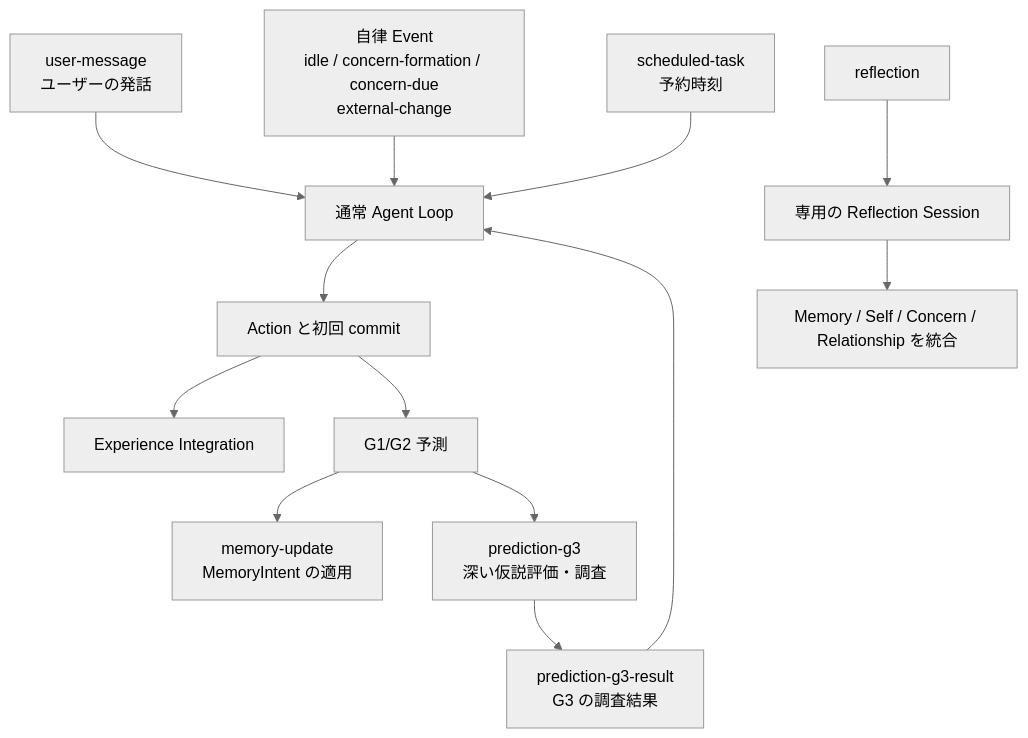
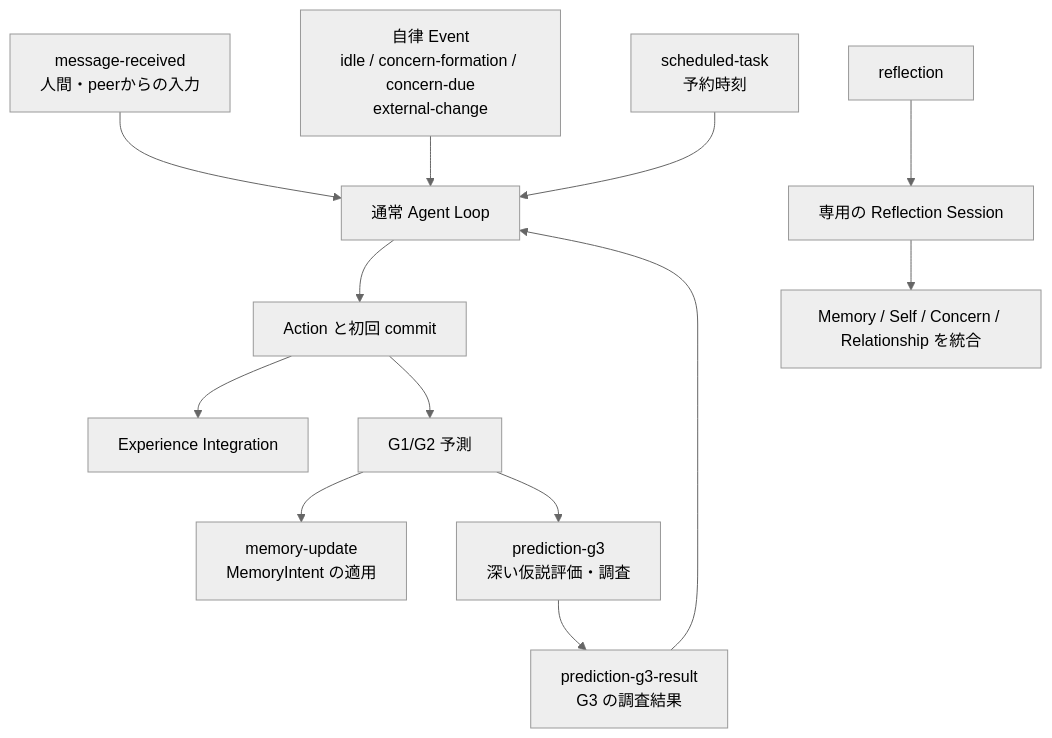
One commit to if001/social_agent changed the second of 6 diagrams in docs/AGENT_EVENT_AND_EXPERIENCE_OVERVIEW.md. Above: the diagram before and after it, drawn with Mermaid (neutral theme). The commit also changed other lines of this file and 7 other files, not shown here.

````diff
--- a/docs/AGENT_EVENT_AND_EXPERIENCE_OVERVIEW.md
+++ b/docs/AGENT_EVENT_AND_EXPERIENCE_OVERVIEW.md
@@ -28,18 +28,18 @@
 ```mermaid
 flowchart TD
-    U[user-message<br/>ユーザーの発話] --> LOOP[通常 Agent Loop]
+    U[message-received<br/>人間・peerからの入力] --> LOOP[通常 Agent Loop]
     AU[自律 Event<br/>idle / concern-formation / concern-due<br/>external-change] --> LOOP
     ST[scheduled-task<br/>予約時刻] --> LOOP
     G3R[prediction-g3-result<br/>G3 の調査結果] --> LOOP
 
     LOOP --> OUT[Action と初回 commit]
     OUT --> EI[Experience Integration]
     OUT --> G12[G1/G2 予測]
 
     G12 --> MU[memory-update<br/>MemoryIntent の適用]
     G12 --> G3[prediction-g3<br/>深い仮説評価・調査]
     G3 --> G3R
 
     RF[reflection] --> REF[専用の Reflection Session]
     REF --> LONG[Memory / Self / Concern / Relationship を統合]
 ```
````
